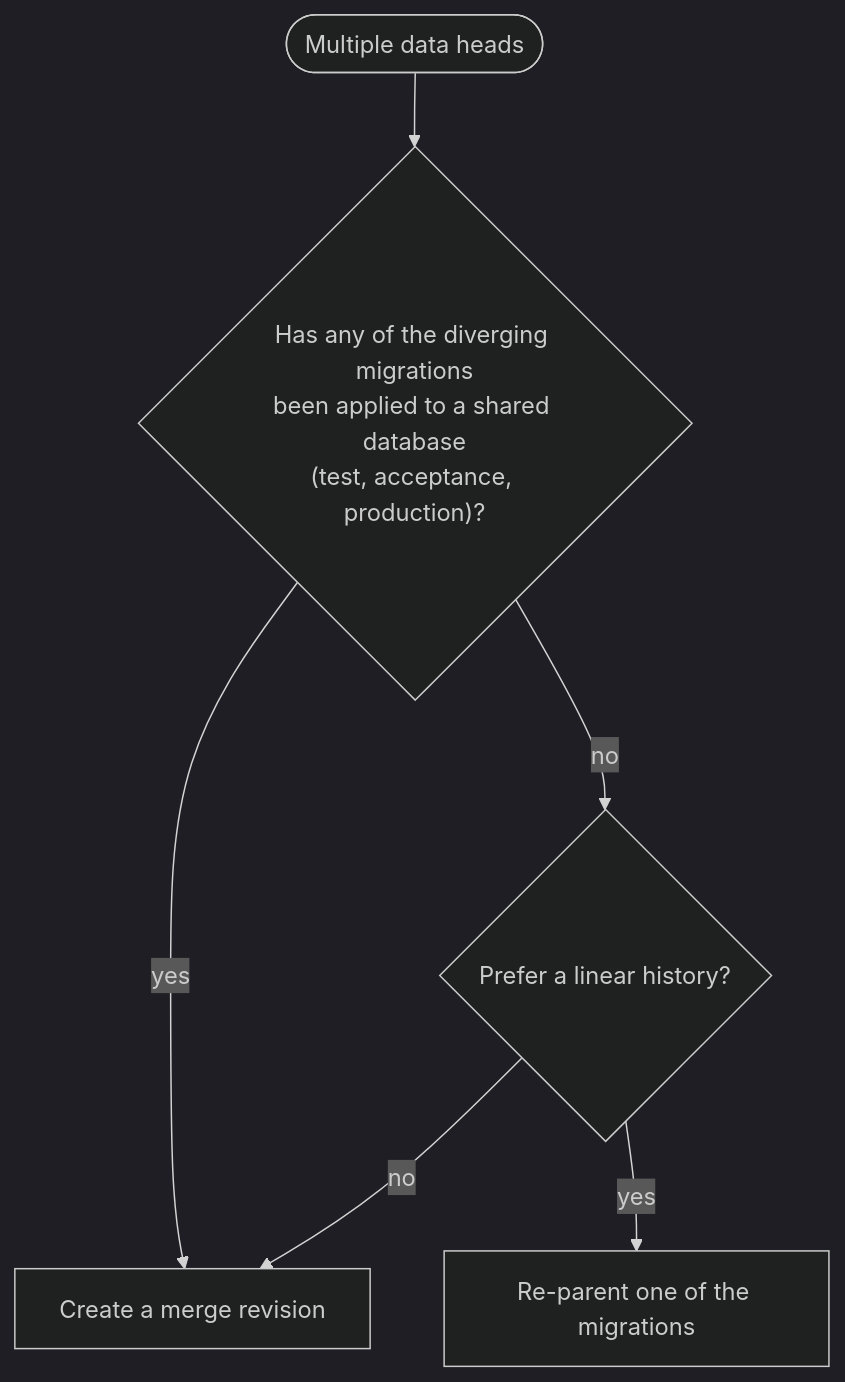
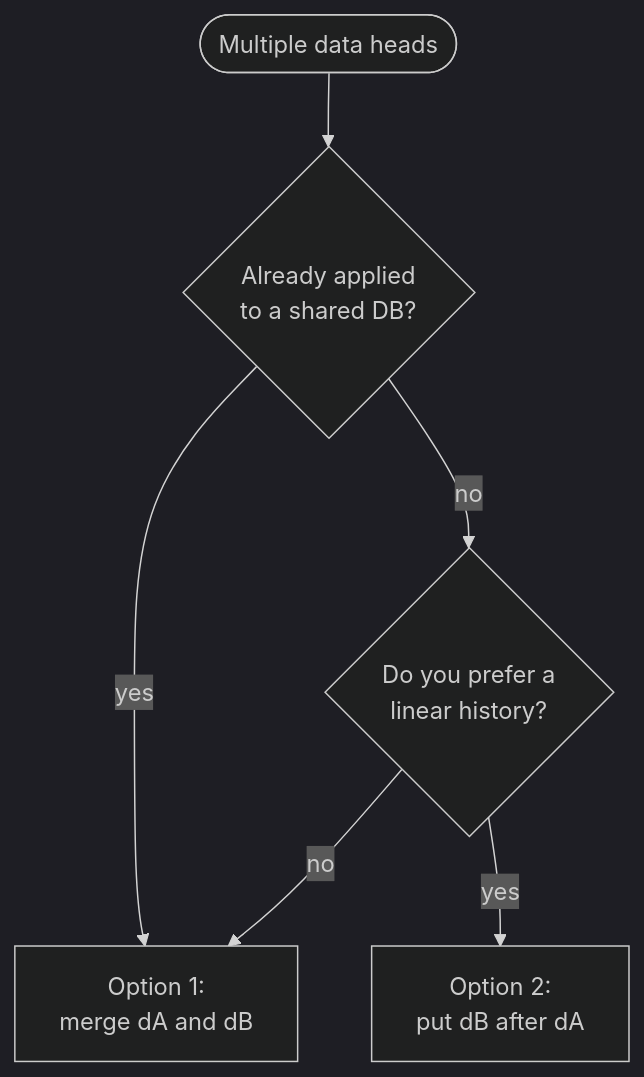
The diagram in docs/guides/database-migrations.md (workfloworchestrator/orchestrator-core), drawn with Mermaid (dark theme) before and after one commit.

Commit message:
Updated flowchart

````diff
--- a/docs/guides/database-migrations.md
+++ b/docs/guides/database-migrations.md
@@ -115,8 +115,14 @@
 ```mermaid
 flowchart TD
-    start([Multiple data heads]) --> q{"Has any of the diverging migrations<br/>been applied to a shared database<br/>(test, acceptance, production)?"}
-    q -- yes --> merge[Create a merge revision]
-    q -- no --> choice{Prefer a linear history?}
-    choice -- yes --> rebase[Re-parent one of the migrations]
-    choice -- no --> merge
+    start(["Multiple data heads"])
+    applied{"Already applied<br/>to a shared DB?"}
+    linear{"Do you prefer a<br/>linear history?"}
+    merge["Option 1:<br/>merge dA and dB"]
+    reparent["Option 2:<br/>put dB after dA"]
+
+    start --> applied
+    applied -- "yes" --> merge
+    applied -- "no" --> linear
+    linear -- "yes" --> reparent
+    linear -- "no" --> merge
 ```
````
